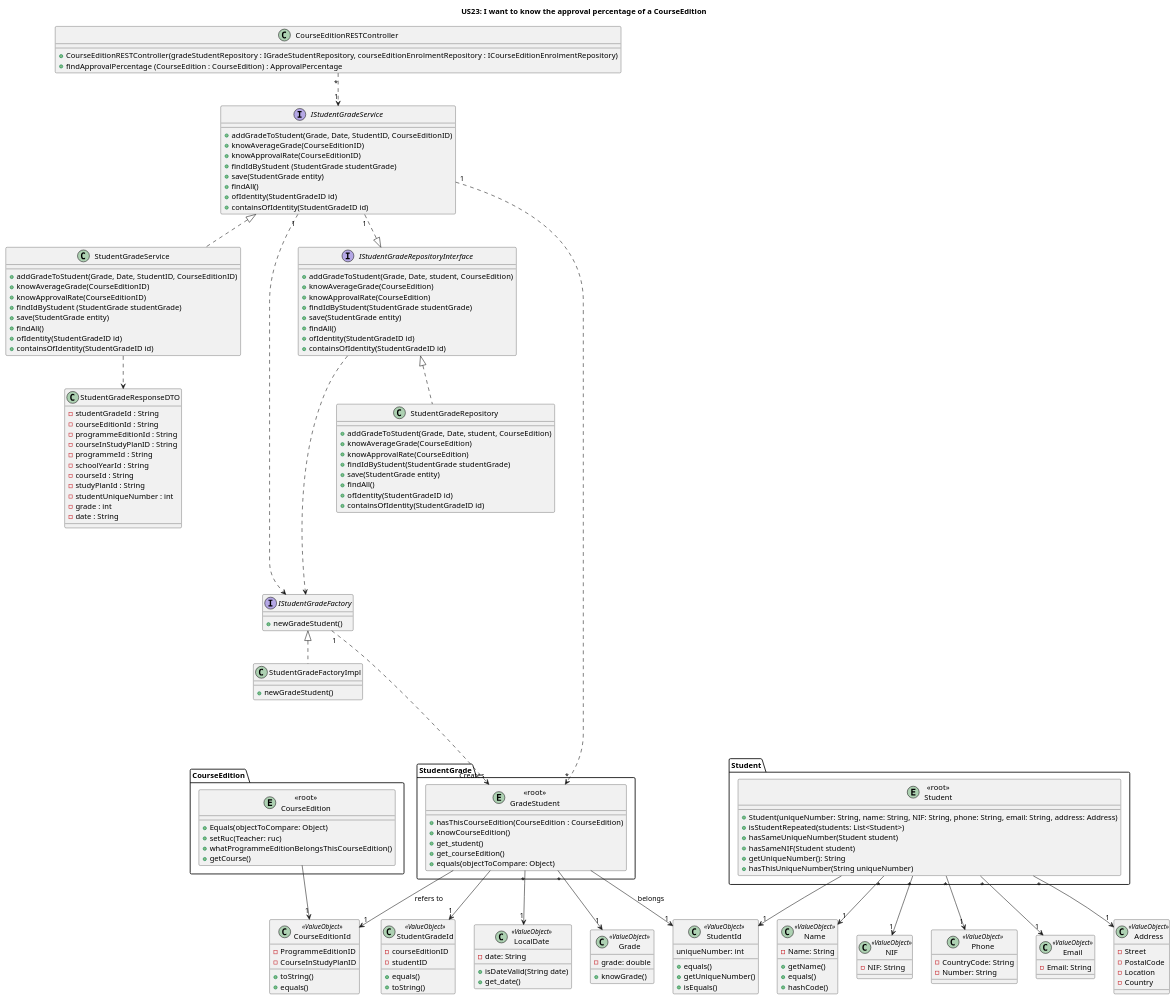
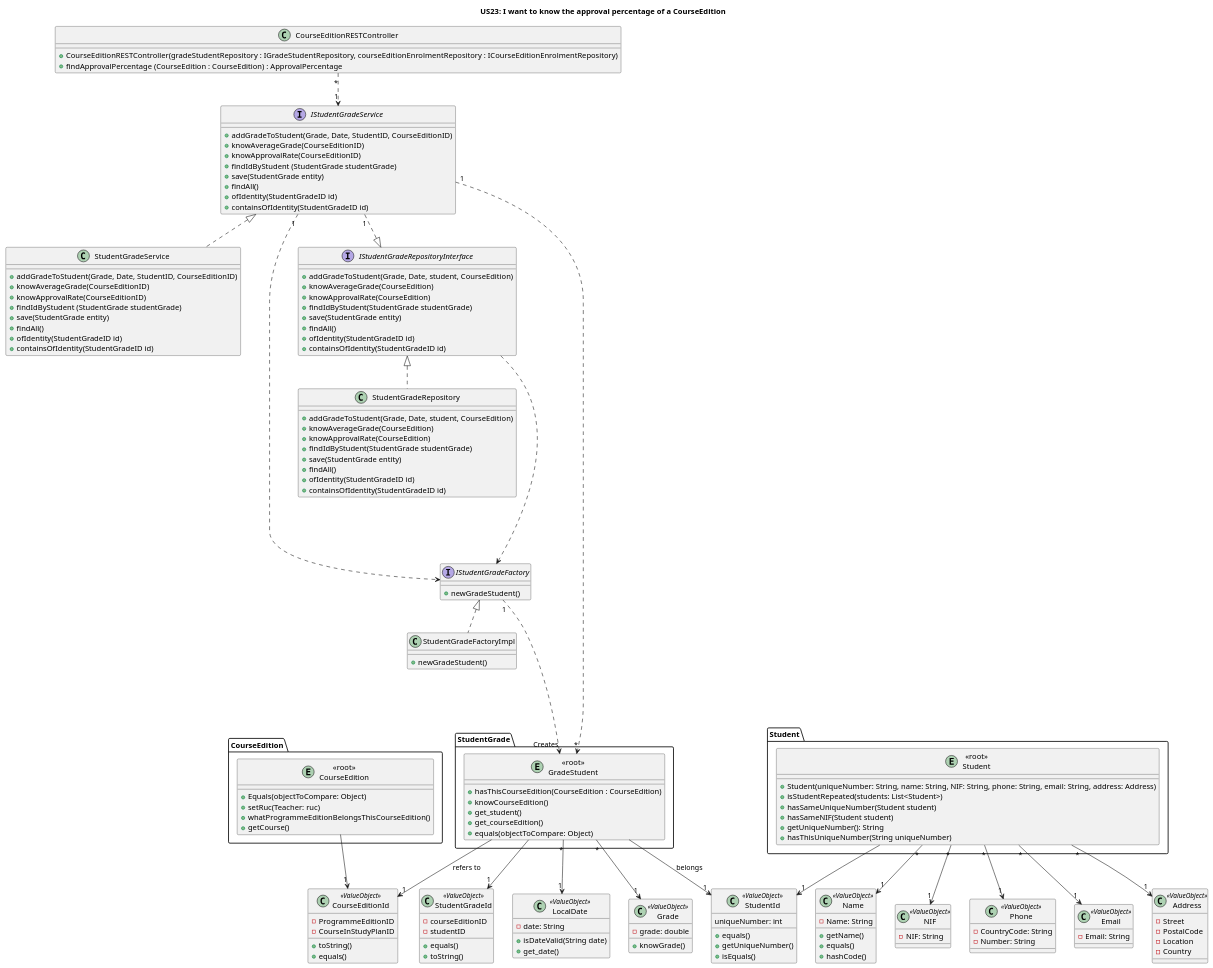
Before and after one commit to GasparISEP/DevOps-PAI: the diagram in docs/US23/REST_API/LogicalView/US23_ClassDiagram_REST_API.puml, drawn with PlantUML.

Commit message:
Update Class Diagram for the Know the Approval Percentage of a Course Edition functionality. Refs #547, #565

```diff
--- a/docs/US23/REST_API/LogicalView/US23_ClassDiagram_REST_API.puml
+++ b/docs/US23/REST_API/LogicalView/US23_ClassDiagram_REST_API.puml
@@ -1,189 +1,173 @@
 @startuml
 title US23: I want to know the approval percentage of a CourseEdition
 
 class CourseEditionRESTController {
     +CourseEditionRESTController(gradeStudentRepository : IGradeStudentRepository, courseEditionEnrolmentRepository : ICourseEditionEnrolmentRepository)
     +findApprovalPercentage (CourseEdition : CourseEdition) : ApprovalPercentage
 }
 
 interface IStudentGradeService {
         +addGradeToStudent(Grade, Date, StudentID, CourseEditionID)
         +knowAverageGrade(CourseEditionID)
         +knowApprovalRate(CourseEditionID)
         +findIdByStudent (StudentGrade studentGrade)
         +save(StudentGrade entity)
         +findAll()
         +ofIdentity(StudentGradeID id)
         +containsOfIdentity(StudentGradeID id)
 }
 
 class StudentGradeService {
         +addGradeToStudent(Grade, Date, StudentID, CourseEditionID)
         +knowAverageGrade(CourseEditionID)
         +knowApprovalRate(CourseEditionID)
         +findIdByStudent (StudentGrade studentGrade)
         +save(StudentGrade entity)
         +findAll()
         +ofIdentity(StudentGradeID id)
         +containsOfIdentity(StudentGradeID id)
 }
-
-class StudentGradeResponseDTO {
-      -studentGradeId : String
-      -courseEditionId : String
-      -programmeEditionId : String
-      -courseInStudyPlanID : String
-      -programmeId : String
-      -schoolYearId : String
-      -courseId : String
-      -studyPlanId : String
-      -studentUniqueNumber : int
-      -grade : int
-      -date : String
-}
-
 
 package "StudentGrade" {
     entity "<<root>>\nGradeStudent" {
         +hasThisCourseEdition(CourseEdition : CourseEdition)
         +knowCourseEdition()
         +get_student()
         +get_courseEdition()
         +equals(objectToCompare: Object)
     }
 }
 
 class Grade <<ValueObject>> {
     -grade: double
     +knowGrade()
 }
 
 class LocalDate <<ValueObject>> {
     -date: String
     +isDateValid(String date)
     +get_date()
 }
 
 class StudentGradeId <<ValueObject>> {
     -courseEditionID
     -studentID
     +equals()
     +toString()
 }
 
 class StudentGradeRepository {
     +addGradeToStudent(Grade, Date, student, CourseEdition)
     +knowAverageGrade(CourseEdition)
     +knowApprovalRate(CourseEdition)
     +findIdByStudent(StudentGrade studentGrade)
     +save(StudentGrade entity)
     +findAll()
     +ofIdentity(StudentGradeID id)
     +containsOfIdentity(StudentGradeID id)
 }
 
 interface IStudentGradeRepositoryInterface {
     +addGradeToStudent(Grade, Date, student, CourseEdition)
     +knowAverageGrade(CourseEdition)
     +knowApprovalRate(CourseEdition)
     +findIdByStudent(StudentGrade studentGrade)
     +save(StudentGrade entity)
     +findAll()
     +ofIdentity(StudentGradeID id)
     +containsOfIdentity(StudentGradeID id)
 }
 
 interface IStudentGradeFactory {
     +newGradeStudent()
 }
 
 class StudentGradeFactoryImpl {
     +newGradeStudent()
 }
 
 class StudentId <<ValueObject>> {
     uniqueNumber: int
     +equals()
     +getUniqueNumber()
     +isEquals()
 }
 
 package "Student" {
     entity "<<root>>\nStudent" {
         +Student(uniqueNumber: String, name: String, NIF: String, phone: String, email: String, address: Address)
         +isStudentRepeated(students: List<Student>)
         +hasSameUniqueNumber(Student student)
         +hasSameNIF(Student student)
         +getUniqueNumber(): String
         +hasThisUniqueNumber(String uniqueNumber)
     }
 }
 
 class Name <<ValueObject>> {
     -Name: String
     +getName()
     +equals()
     +hashCode()
 }
 
 class NIF <<ValueObject>> {
     -NIF: String
 }
 
 class Phone <<ValueObject>> {
     -CountryCode: String
     -Number: String
 }
 
 class Email <<ValueObject>> {
     -Email: String
 }
 
 class Address <<ValueObject>> {
     -Street
     -PostalCode
     -Location
     -Country
 }
 
 class CourseEditionId <<ValueObject>> {
     -ProgrammeEditionID
     -CourseInStudyPlanID
     +toString()
     +equals()
 }
 
 package "CourseEdition" {
     entity "<<root>>\nCourseEdition" {
         +Equals(objectToCompare: Object)
         +setRuc(Teacher: ruc)
         +whatProgrammeEditionBelongsThisCourseEdition()
         +getCourse()
     }
 }
 
 "<<root>>\nStudent" "*" --> "1" Name
 "<<root>>\nStudent" "*" --> "1" NIF
 "<<root>>\nStudent" "*" --> "1" Email
 "<<root>>\nStudent" "*" --> "1" Phone
 "<<root>>\nStudent" "*" --> "1" Address
 "<<root>>\nGradeStudent" "*" --> "1" Grade
 "<<root>>\nGradeStudent" "*" --> "1" LocalDate
 "<<root>>\nGradeStudent" --> "1" StudentId : belongs
 "<<root>>\nGradeStudent" --> "1" CourseEditionId : refers to
 IStudentGradeService "1" ....> IStudentGradeFactory
 IStudentGradeFactory "1" ....> "Creates" "<<root>>\nGradeStudent"
 IStudentGradeFactory <|.. StudentGradeFactoryImpl
 
 "<<root>>\nGradeStudent" --> "1" StudentGradeId
 "<<root>>\nCourseEdition" --> "1" CourseEditionId
 "<<root>>\nStudent" --> "1" StudentId
 IStudentGradeService <|.. StudentGradeService
 IStudentGradeRepositoryInterface <|.. StudentGradeRepository
 IStudentGradeRepositoryInterface ....> IStudentGradeFactory
 IStudentGradeService "1" ....> "*" "<<root>>\nGradeStudent"
 IStudentGradeService "1" ..|> IStudentGradeRepositoryInterface
 CourseEditionRESTController "*" ..> "1" IStudentGradeService
-StudentGradeService ..> StudentGradeResponseDTO
 
 @enduml
```
